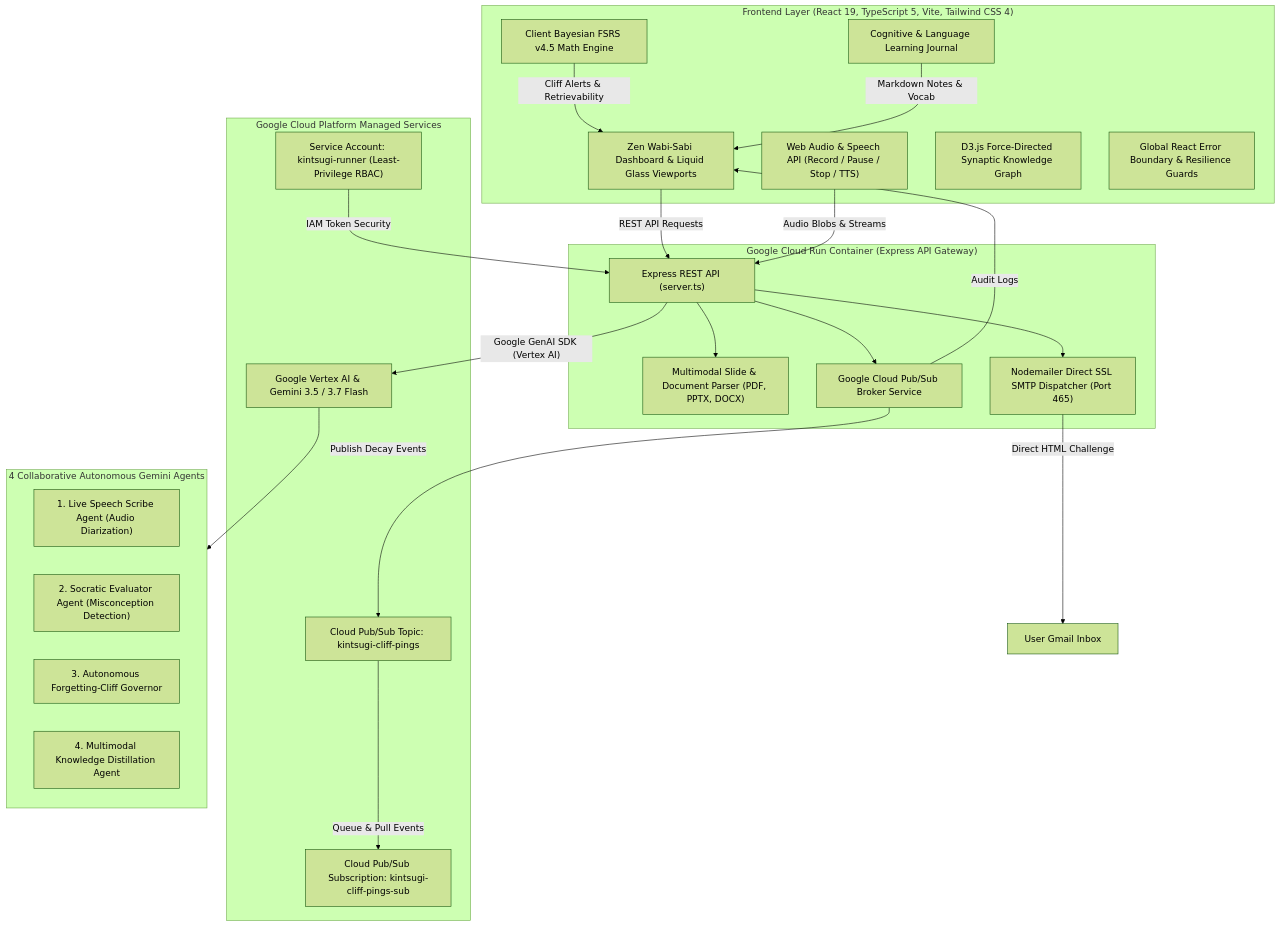
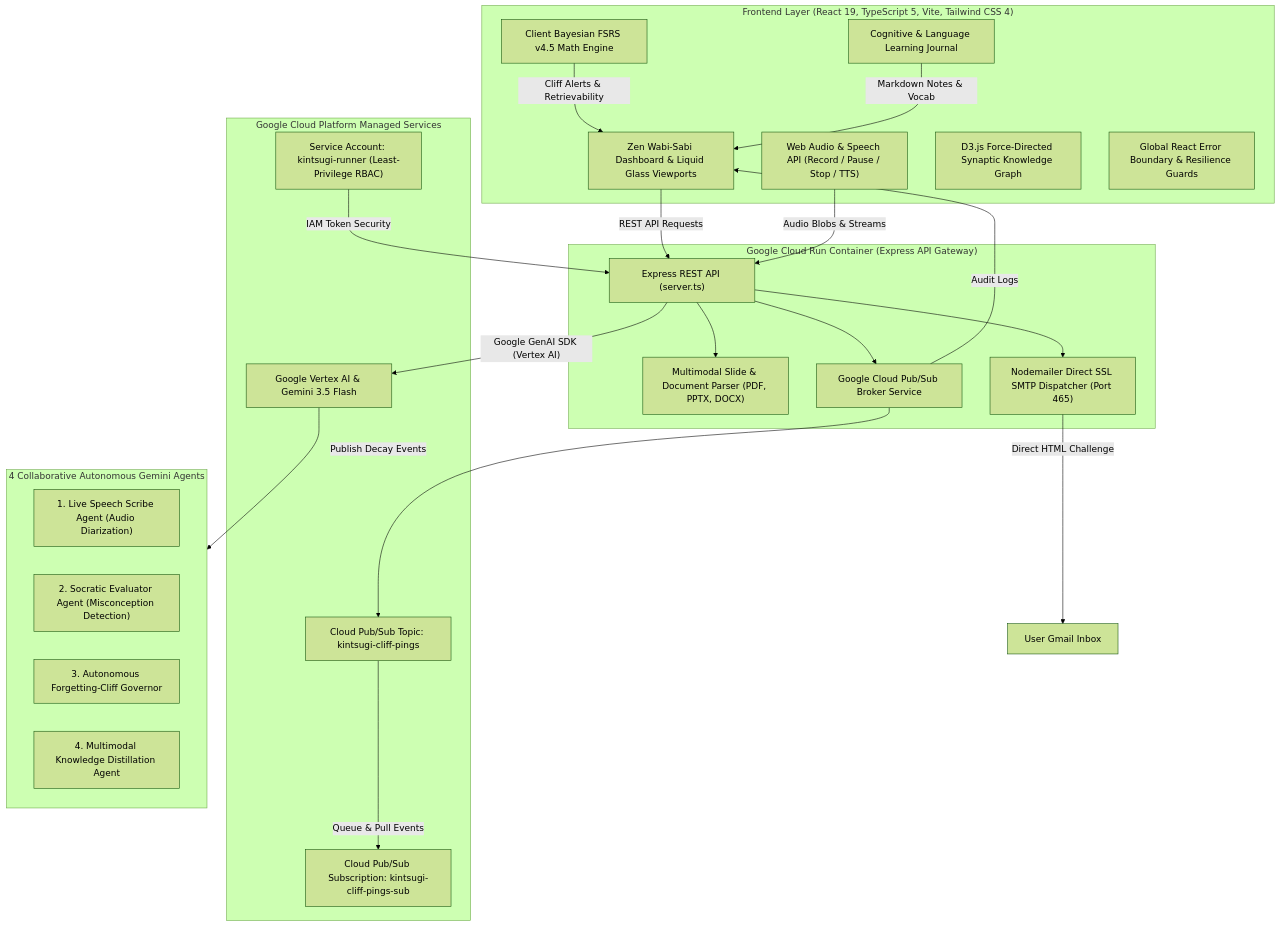
The first of 4 diagrams in README.md (rafifernandaa/kintsugi-memory), drawn with Mermaid (forest theme) before and after one commit. The commit also changed other lines of this file and 10 other files, not shown here.

Commit message:
chore: standardize consistently on Gemini 3.5 Flash across entire codebase

````diff
--- a/README.md
+++ b/README.md
@@ -23,54 +23,54 @@
 ```mermaid
 flowchart TB
     subgraph Client["Frontend Layer (React 19, TypeScript 5, Vite, Tailwind CSS 4)"]
         UI["Zen Wabi-Sabi Dashboard & Liquid Glass Viewports"]
         AudioEngine["Web Audio & Speech API (Record / Pause / Stop / TTS)"]
         D3Graph["D3.js Force-Directed Synaptic Knowledge Graph"]
         FSRSEngine["Client Bayesian FSRS v4.5 Math Engine"]
         JournalEngine["Cognitive & Language Learning Journal"]
         GlobalErr["Global React Error Boundary & Resilience Guards"]
     end
 
     subgraph Backend["Google Cloud Run Container (Express API Gateway)"]
         Server["Express REST API (server.ts)"]
         DocParser["Multimodal Slide & Document Parser (PDF, PPTX, DOCX)"]
         SmtpService["Nodemailer Direct SSL SMTP Dispatcher (Port 465)"]
         PubSubService["Google Cloud Pub/Sub Broker Service"]
     end
 
     subgraph GCP["Google Cloud Platform Managed Services"]
         PubSubTopic["Cloud Pub/Sub Topic: kintsugi-cliff-pings"]
         PubSubSub["Cloud Pub/Sub Subscription: kintsugi-cliff-pings-sub"]
-        VertexAI["Google Vertex AI & Gemini 3.5 / 3.7 Flash"]
+        VertexAI["Google Vertex AI & Gemini 3.5 Flash"]
         IAM["Service Account: kintsugi-runner (Least-Privilege RBAC)"]
     end
 
     subgraph Agents["4 Collaborative Autonomous Gemini Agents"]
         AgentScribe["1. Live Speech Scribe Agent (Audio Diarization)"]
         AgentSocratic["2. Socratic Evaluator Agent (Misconception Detection)"]
         AgentGovernor["3. Autonomous Forgetting-Cliff Governor"]
         AgentDistiller["4. Multimodal Knowledge Distillation Agent"]
     end
 
     %% Client to Backend
     UI -->|REST API Requests| Server
     AudioEngine -->|Audio Blobs & Streams| Server
     FSRSEngine -->|Cliff Alerts & Retrievability| UI
     JournalEngine -->|Markdown Notes & Vocab| UI
 
     %% Backend internal routing
     Server --> DocParser
     Server --> SmtpService
     Server --> PubSubService
 
     %% Backend to GCP
     PubSubService -->|Publish Decay Events| PubSubTopic
     PubSubTopic -->|Queue & Pull Events| PubSubSub
     Server -->|"Google GenAI SDK (Vertex AI)"| VertexAI
     VertexAI --> Agents
     IAM -->|IAM Token Security| Server
 
     %% Autonomous Delivery
     SmtpService -->|Direct HTML Challenge| UserInbox["User Gmail Inbox"]
     PubSubService -->|Audit Logs| UI
 ```
````
